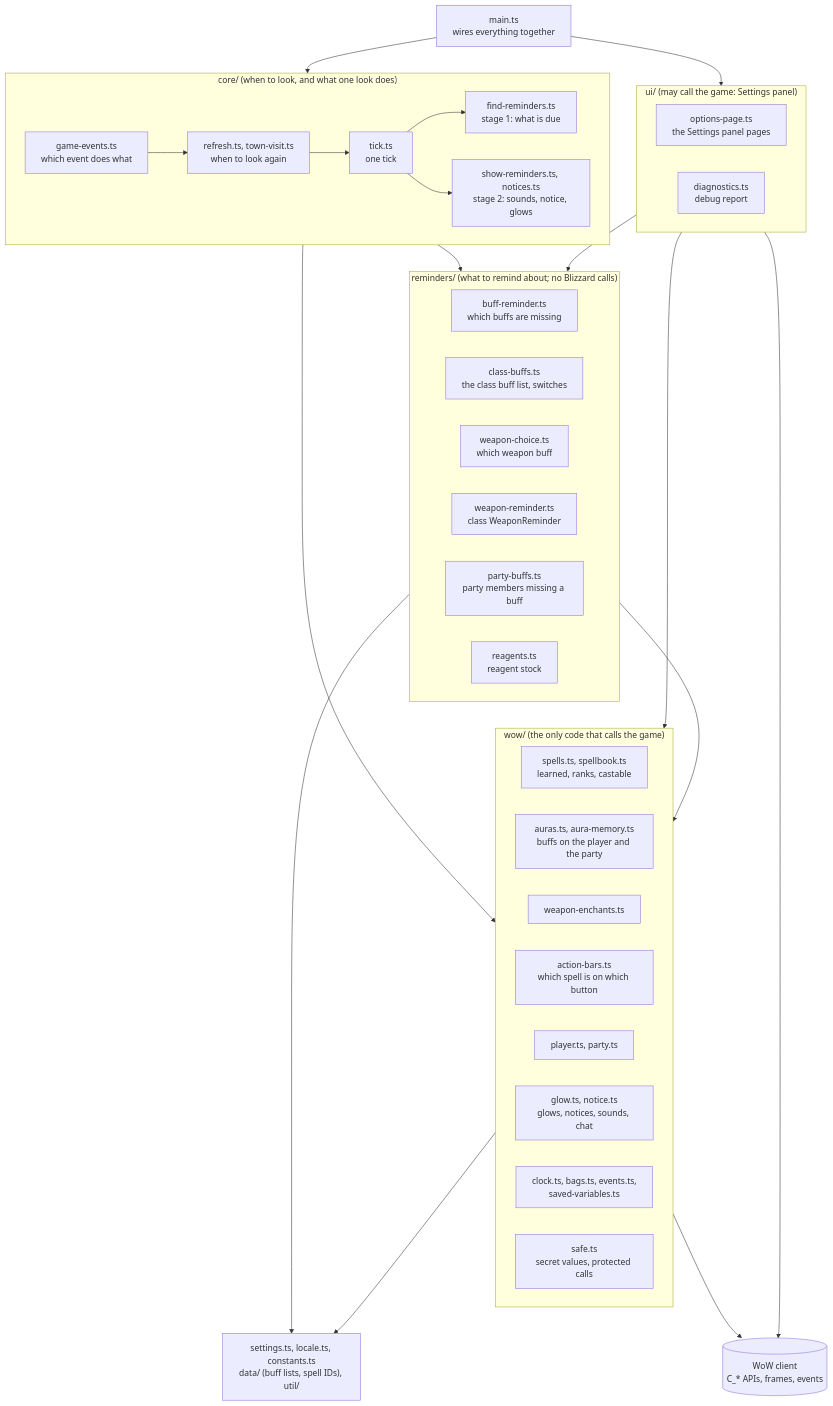
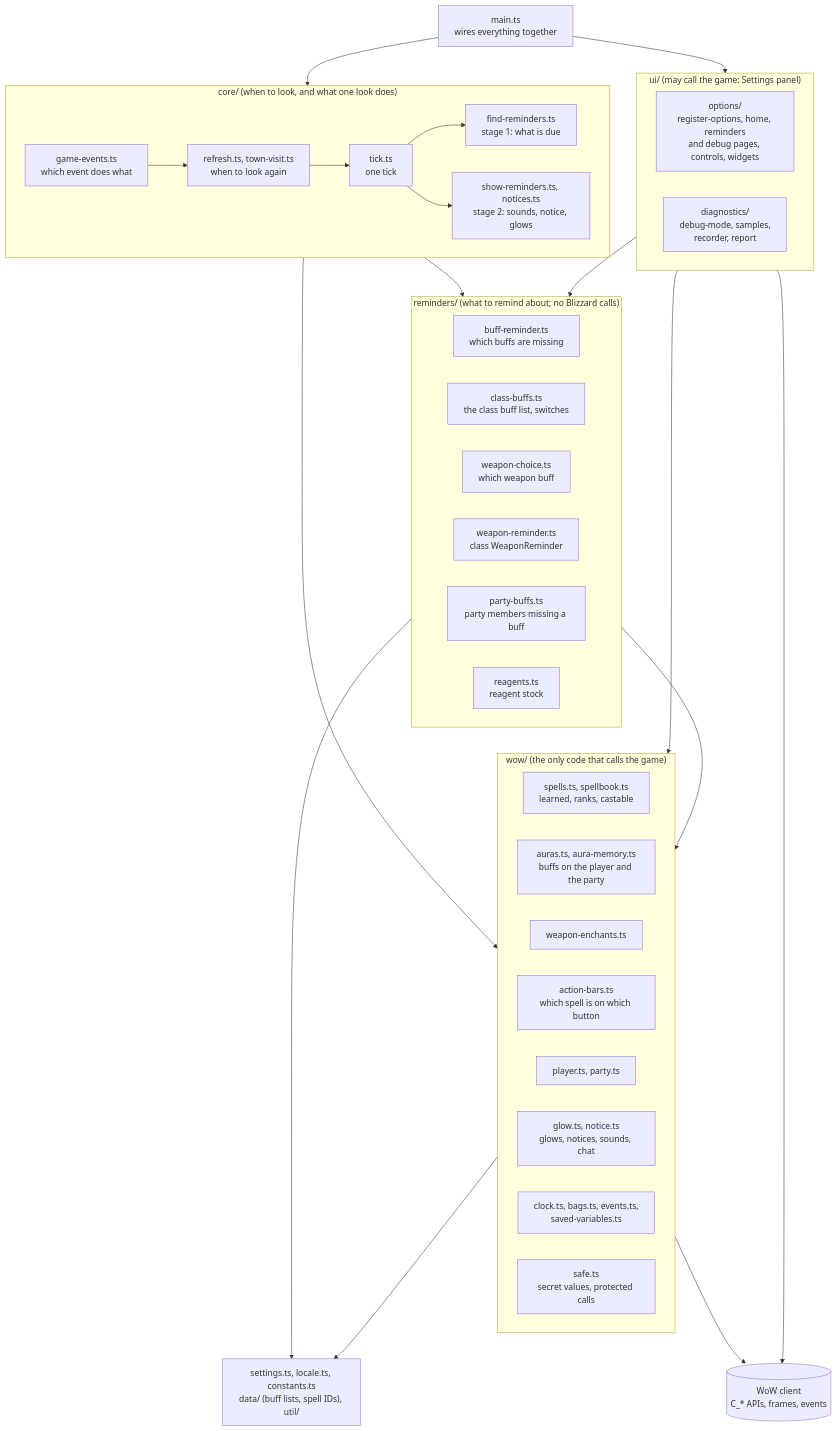
The second of 4 diagrams in docs/architecture.md (vattiss/wowkit), drawn with Mermaid before and after one commit. The commit also changed other lines of this file and 16 other files, not shown here.

First line of the commit message:
refactor: split the options page and the diagnostics by job

````diff
--- a/docs/architecture.md
+++ b/docs/architecture.md
@@ -57,55 +57,55 @@
 ```mermaid
 flowchart TB
     main["main.ts<br/>wires everything together"]
 
     subgraph core["core/ (when to look, and what one look does)"]
         gameEvents["game-events.ts<br/>which event does what"]
         refresh["refresh.ts, town-visit.ts<br/>when to look again"]
         tick["tick.ts<br/>one tick"]
         find["find-reminders.ts<br/>stage 1: what is due"]
         show["show-reminders.ts, notices.ts<br/>stage 2: sounds, notice, glows"]
         gameEvents --> refresh --> tick
         tick --> find
         tick --> show
     end
 
     subgraph ui["ui/ (may call the game: Settings panel)"]
-        optionsPage["options-page.ts<br/>the Settings panel pages"]
-        diagnostics["diagnostics.ts<br/>debug report"]
+        optionsPage["options/<br/>register-options, home, reminders<br/>and debug pages, controls, widgets"]
+        diagnostics["diagnostics/<br/>debug-mode, samples,<br/>recorder, report"]
     end
 
     subgraph reminders["reminders/ (what to remind about; no Blizzard calls)"]
         buffReminder["buff-reminder.ts<br/>which buffs are missing"]
         classBuffs["class-buffs.ts<br/>the class buff list, switches"]
         weaponChoice["weapon-choice.ts<br/>which weapon buff"]
         weaponReminder["weapon-reminder.ts<br/>class WeaponReminder"]
         partyBuffs["party-buffs.ts<br/>party members missing a buff"]
         reagents["reagents.ts<br/>reagent stock"]
     end
 
     subgraph wow["wow/ (the only code that calls the game)"]
         spells["spells.ts, spellbook.ts<br/>learned, ranks, castable"]
         auras["auras.ts, aura-memory.ts<br/>buffs on the player and the party"]
         weaponEnchants["weapon-enchants.ts"]
         actionBars["action-bars.ts<br/>which spell is on which button"]
         player["player.ts, party.ts"]
         screen["glow.ts, notice.ts<br/>glows, notices, sounds, chat"]
         misc["clock.ts, bags.ts, events.ts,<br/>saved-variables.ts"]
         safe["safe.ts<br/>secret values, protected calls"]
     end
 
     shared["settings.ts, locale.ts, constants.ts<br/>data/ (buff lists, spell IDs), util/"]
     game[("WoW client<br/>C_* APIs, frames, events")]
 
     main --> core
     main --> ui
     core --> reminders
     core --> wow
     ui --> reminders
     ui --> wow
     reminders --> wow
     reminders --> shared
     wow --> shared
     wow --> game
     ui --> game
 ```
````
